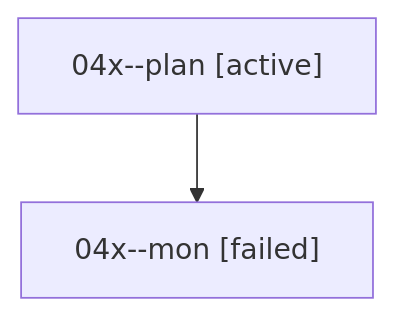
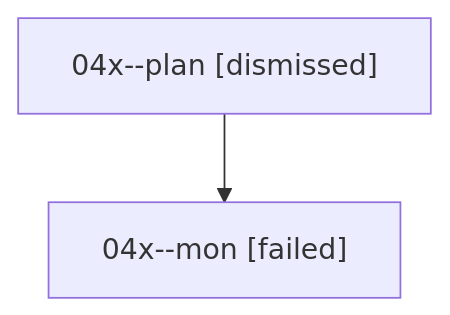
One commit to sase-org/sase--agents changed the diagram in sessions/bbugyi200.athena.04x.md. Above: the diagram before and after it, drawn with Mermaid. The commit also changed other lines of this file and 18 other files, not shown here.

````diff
--- a/sessions/bbugyi200.athena.04x.md
+++ b/sessions/bbugyi200.athena.04x.md
@@ -9,6 +9,6 @@
 ```mermaid
 flowchart TD
-  n0["04x--plan [active]"]
+  n0["04x--plan [dismissed]"]
   n1["04x--mon [failed]"]
   n0 --> n1
 ```
````
